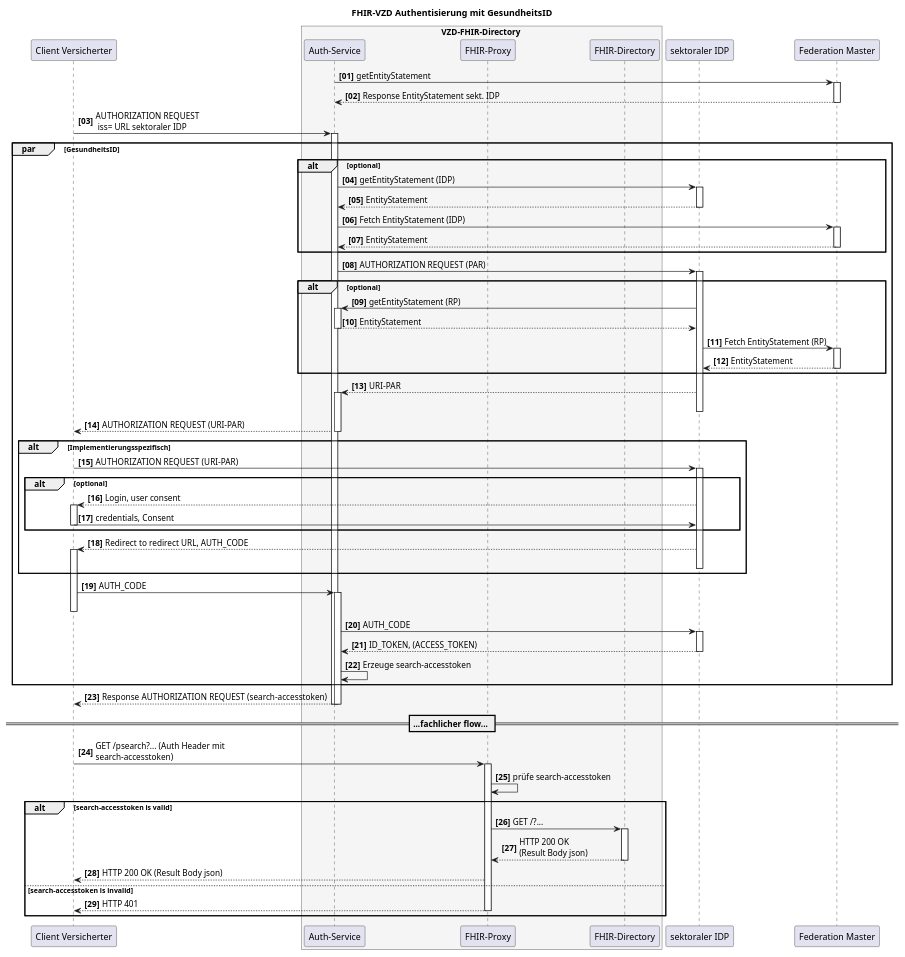
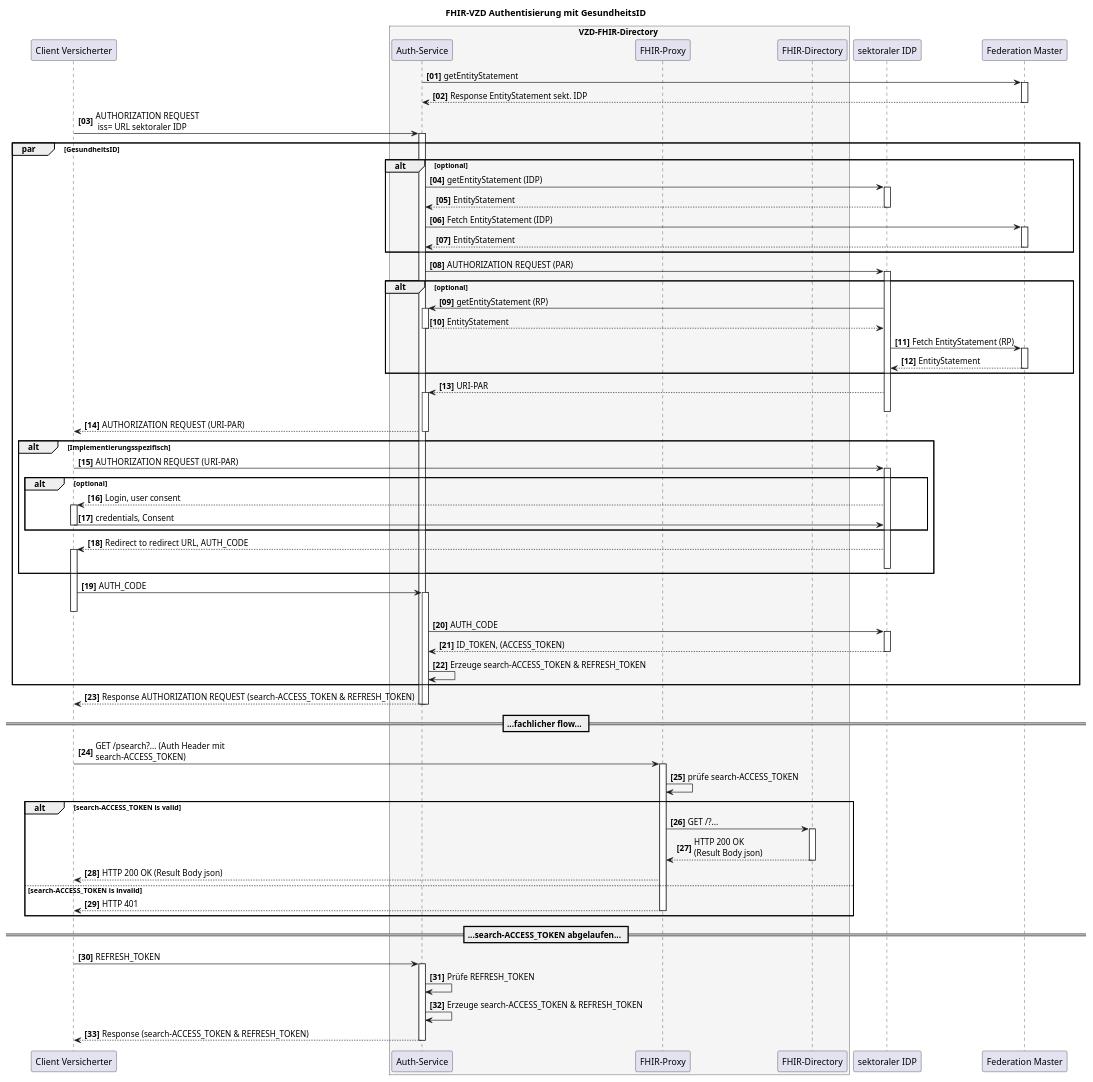
One commit to gematik/api-vzd changed the diagram in src/plantuml/SequenceDiagram.FHIR-Directory.psearch_auth.puml. Above: the diagram before and after it, drawn with PlantUML.

Commit message:
REFRESH_TOKEN ergänzt

```diff
--- a/src/plantuml/SequenceDiagram.FHIR-Directory.psearch_auth.puml
+++ b/src/plantuml/SequenceDiagram.FHIR-Directory.psearch_auth.puml
@@ -1,95 +1,106 @@
 @startuml
 autonumber 1 1 "<b>[00]"
 title "FHIR-VZD Authentisierung mit GesundheitsID"
 
 participant VClient as "Client Versicherter"
 
 box VZD-FHIR-Directory #WhiteSmoke
     participant "Auth-Service" as VzdAuth
     participant fp as "FHIR-Proxy"
     participant fd as "FHIR-Directory"
 end box
 participant sekIDP as "sektoraler IDP" 
 participant "Federation Master" as fedMaster
 
 
 VzdAuth->fedMaster++: getEntityStatement
 fedMaster-->VzdAuth: Response EntityStatement sekt. IDP
 deactivate fedMaster
 
 VClient->VzdAuth++: AUTHORIZATION REQUEST \n iss= URL sektoraler IDP
 
 par GesundheitsID
 
 alt optional
 VzdAuth->sekIDP++: getEntityStatement (IDP)
 sekIDP-->VzdAuth: EntityStatement
 deactivate sekIDP
 VzdAuth->fedMaster++: Fetch EntityStatement (IDP)
 fedMaster-->VzdAuth: EntityStatement
 deactivate fedMaster
 end
 
 VzdAuth->sekIDP++: AUTHORIZATION REQUEST (PAR)
 
 alt optional
 sekIDP->VzdAuth++: getEntityStatement (RP)
 VzdAuth-->sekIDP: EntityStatement
 deactivate VzdAuth
 sekIDP->fedMaster++: Fetch EntityStatement (RP)
 fedMaster-->sekIDP: EntityStatement
 deactivate fedMaster
 end
 
 sekIDP-->VzdAuth++: URI-PAR
 deactivate sekIDP
 
 VzdAuth-->VClient: AUTHORIZATION REQUEST (URI-PAR)
 deactivate VzdAuth
 
 alt Implementierungsspezifisch
 VClient->sekIDP++:  AUTHORIZATION REQUEST (URI-PAR)
 
 alt optional
 sekIDP-->VClient++: Login, user consent
 VClient->sekIDP: credentials, Consent
 deactivate VClient
 
 deactivate fedMaster
 end
 
 sekIDP-->VClient++: Redirect to redirect URL, AUTH_CODE
 deactivate sekIDP
 
 end
 
 VClient->VzdAuth++: AUTH_CODE
 deactivate VClient
 VzdAuth->sekIDP++: AUTH_CODE
 sekIDP-->VzdAuth: ID_TOKEN, (ACCESS_TOKEN)
 deactivate sekIDP
-VzdAuth->VzdAuth: Erzeuge search-accesstoken
+VzdAuth->VzdAuth: Erzeuge search-ACCESS_TOKEN & REFRESH_TOKEN
 
 end
 
-VzdAuth-->VClient: Response AUTHORIZATION REQUEST (search-accesstoken)
+VzdAuth-->VClient: Response AUTHORIZATION REQUEST (search-ACCESS_TOKEN & REFRESH_TOKEN)
 deactivate VzdAuth
 deactivate VzdAuth
 
 == ...fachlicher flow... ==
 
-VClient -> fp: GET /psearch?... (Auth Header mit\nsearch-accesstoken)
+VClient -> fp: GET /psearch?... (Auth Header mit\nsearch-ACCESS_TOKEN)
 activate fp
-fp -> fp: prüfe search-accesstoken
+fp -> fp: prüfe search-ACCESS_TOKEN
 
-alt search-accesstoken is valid
+alt search-ACCESS_TOKEN is valid
 fp -> fd: GET /?...
 activate fd
 fd --> fp: HTTP 200 OK\n(Result Body json)
 deactivate fd
 fp --> VClient: HTTP 200 OK (Result Body json)
-else search-accesstoken is invalid
+else search-ACCESS_TOKEN is invalid
 fp --> VClient: HTTP 401
 deactivate fp
 end
+
+== ...search-ACCESS_TOKEN abgelaufen... ==
+
+VClient->VzdAuth++: REFRESH_TOKEN
+VzdAuth->VzdAuth: Prüfe REFRESH_TOKEN
+VzdAuth->VzdAuth: Erzeuge search-ACCESS_TOKEN & REFRESH_TOKEN
+
+VzdAuth-->VClient: Response (search-ACCESS_TOKEN & REFRESH_TOKEN)
+deactivate VzdAuth
+deactivate VzdAuth
+
 @enduml
```
